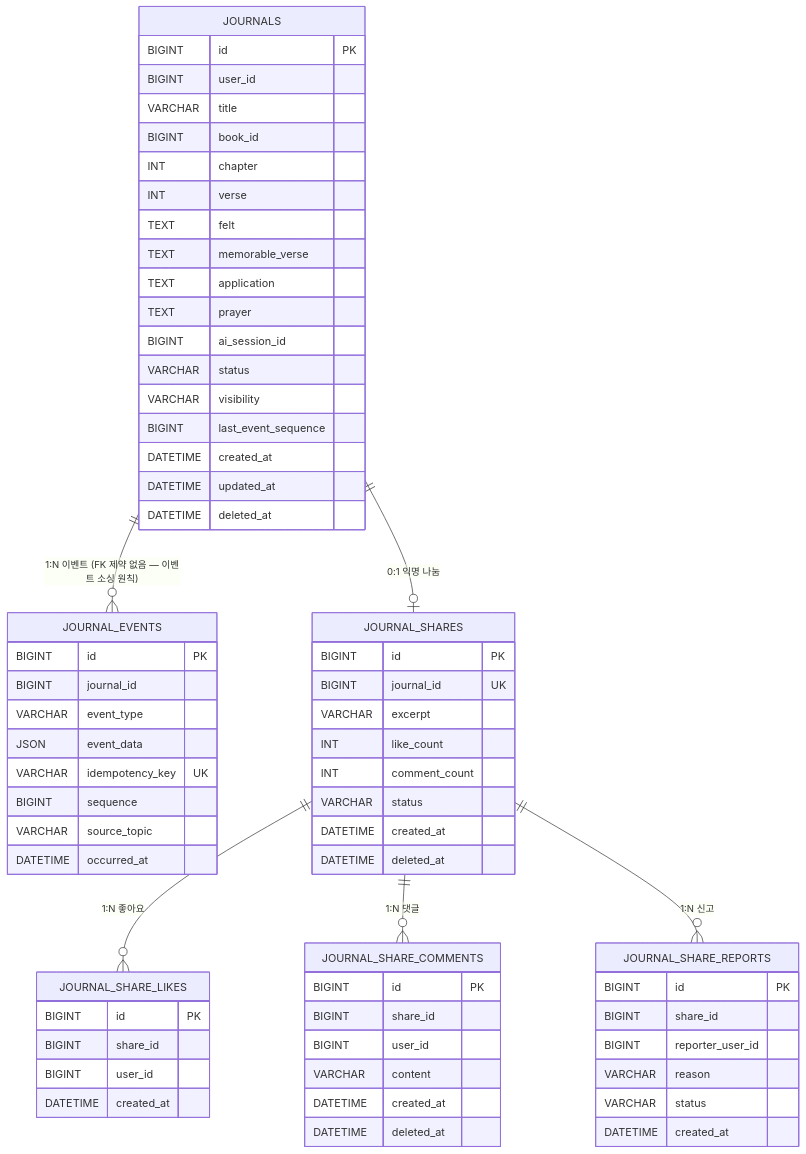
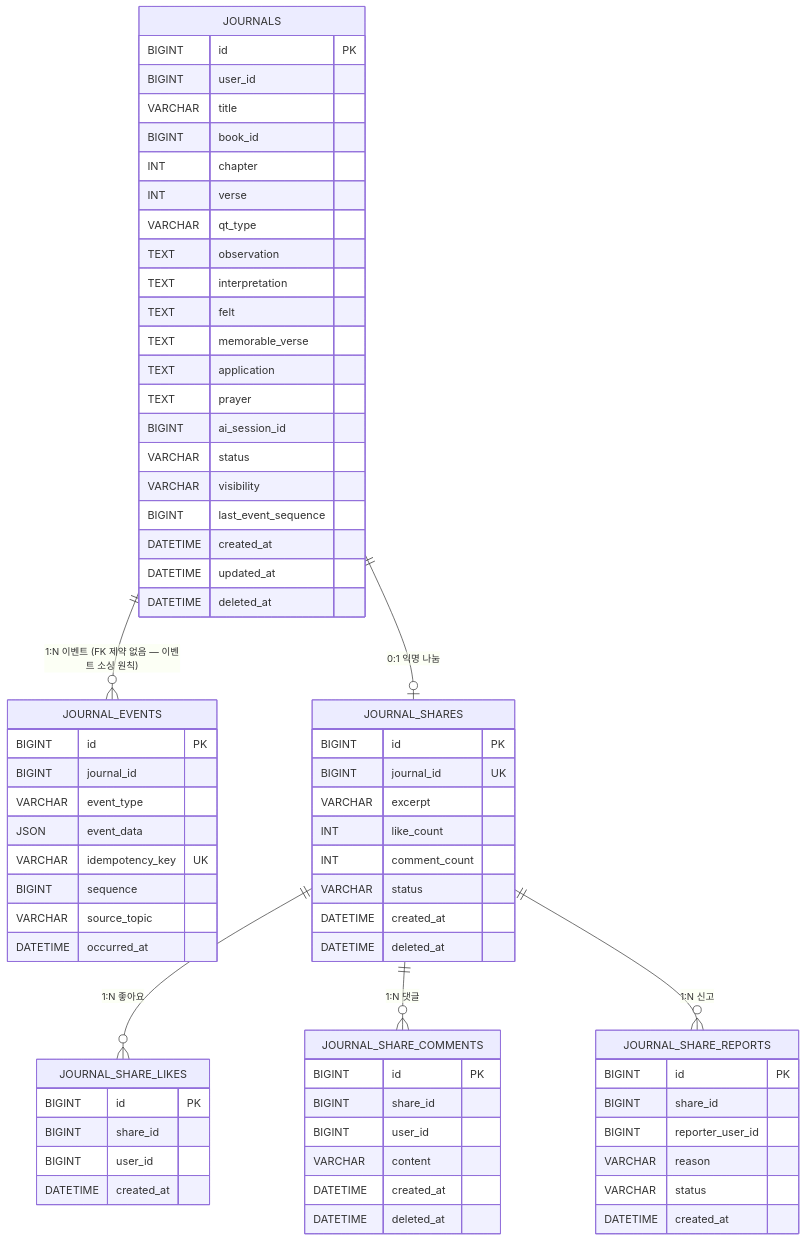
Before and after one commit to Tae0072/2nd-Team-Project: the fourth of 7 diagrams in 02_ERD_문서.md, drawn with Mermaid. The commit also changed other lines of this file, not shown here.

First line of the commit message:
docs(02-ERD): v1.5 - D형 QT 도메인 용어사전 반영

````diff
--- a/02_ERD_문서.md
+++ b/02_ERD_문서.md
@@ -458,70 +459,73 @@
 ```mermaid
 erDiagram
     JOURNALS ||--o{ JOURNAL_EVENTS : "1:N 이벤트 (FK 제약 없음 — 이벤트 소싱 원칙)"
     JOURNALS ||--o| JOURNAL_SHARES : "0:1 익명 나눔"
     JOURNAL_SHARES ||--o{ JOURNAL_SHARE_LIKES : "1:N 좋아요"
     JOURNAL_SHARES ||--o{ JOURNAL_SHARE_COMMENTS : "1:N 댓글"
     JOURNAL_SHARES ||--o{ JOURNAL_SHARE_REPORTS : "1:N 신고"
 
     JOURNALS {
         BIGINT id PK
         BIGINT user_id
         VARCHAR title
         BIGINT book_id
         INT chapter
         INT verse
+        VARCHAR qt_type
+        TEXT observation
+        TEXT interpretation
         TEXT felt
         TEXT memorable_verse
         TEXT application
         TEXT prayer
         BIGINT ai_session_id
         VARCHAR status
         VARCHAR visibility
         BIGINT last_event_sequence
         DATETIME created_at
         DATETIME updated_at
         DATETIME deleted_at
     }
     JOURNAL_EVENTS {
         BIGINT id PK
         BIGINT journal_id
         VARCHAR event_type
         JSON event_data
         VARCHAR idempotency_key UK
         BIGINT sequence
         VARCHAR source_topic
         DATETIME occurred_at
     }
     JOURNAL_SHARES {
         BIGINT id PK
         BIGINT journal_id UK
         VARCHAR excerpt
         INT like_count
         INT comment_count
         VARCHAR status
         DATETIME created_at
         DATETIME deleted_at
     }
     JOURNAL_SHARE_LIKES {
         BIGINT id PK
         BIGINT share_id
         BIGINT user_id
         DATETIME created_at
     }
     JOURNAL_SHARE_COMMENTS {
         BIGINT id PK
         BIGINT share_id
         BIGINT user_id
         VARCHAR content
         DATETIME created_at
         DATETIME deleted_at
     }
     JOURNAL_SHARE_REPORTS {
         BIGINT id PK
         BIGINT share_id
         BIGINT reporter_user_id
         VARCHAR reason
         VARCHAR status
         DATETIME created_at
     }
 ```
````
